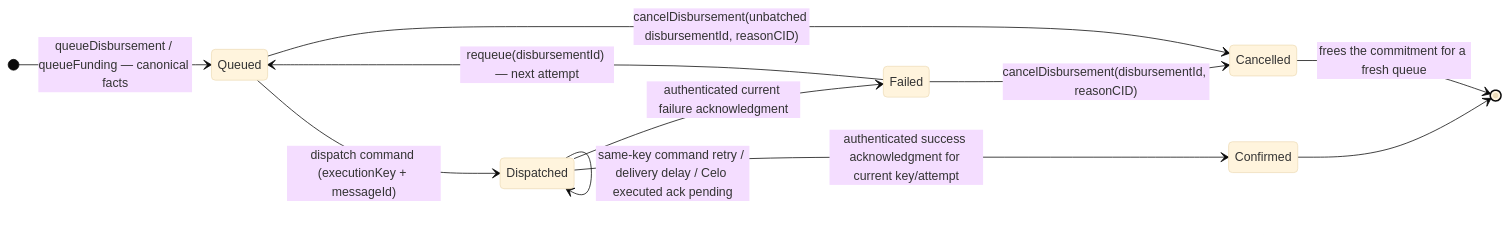
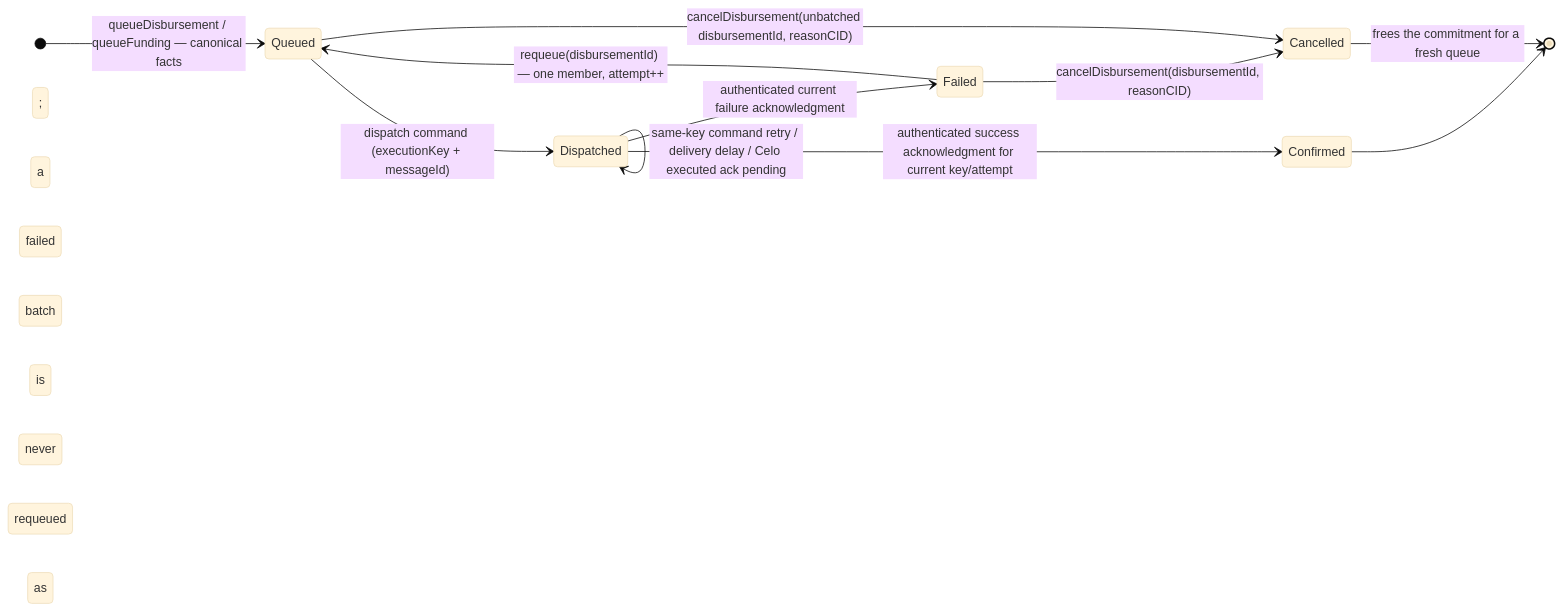
One commit to greenpill-dev-guild/green-goods changed diagram 16 of 20 in .plans/active/commitment-pooling/diagrams.md. Above: the diagram before and after it, drawn with Mermaid (base theme). The commit also changed other lines of this file, not shown here.

First line of the commit message:
docs(plans): align commitment pooling diagrams with the frozen specs

````diff
--- a/.plans/active/commitment-pooling/diagrams.md
+++ b/.plans/active/commitment-pooling/diagrams.md
@@ -920,14 +995,14 @@
 ```mermaid
 stateDiagram-v2
   direction LR
   [*] --> Queued : queueDisbursement / queueFunding — canonical facts
   Queued --> Dispatched : dispatch command (executionKey + messageId)
   Dispatched --> Dispatched : same-key command retry / delivery delay / Celo executed ack pending
   Dispatched --> Confirmed : authenticated success acknowledgment for current key/attempt
   Dispatched --> Failed : authenticated current failure acknowledgment
-  Failed --> Queued : requeue(disbursementId) — next attempt
+  Failed --> Queued : requeue(disbursementId) — one member, attempt++; a failed batch is never requeued as a batch
   Failed --> Cancelled : cancelDisbursement(disbursementId, reasonCID)
   Queued --> Cancelled : cancelDisbursement(unbatched disbursementId, reasonCID)
   Confirmed --> [*]
   Cancelled --> [*] : frees the commitment for a fresh queue
 ```
````
